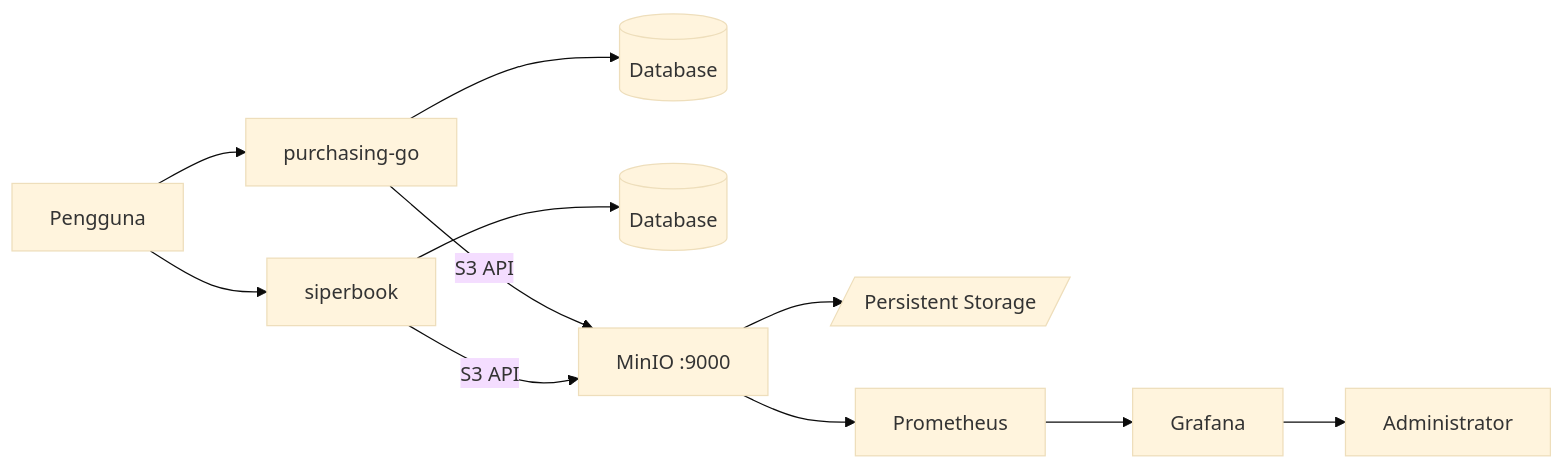
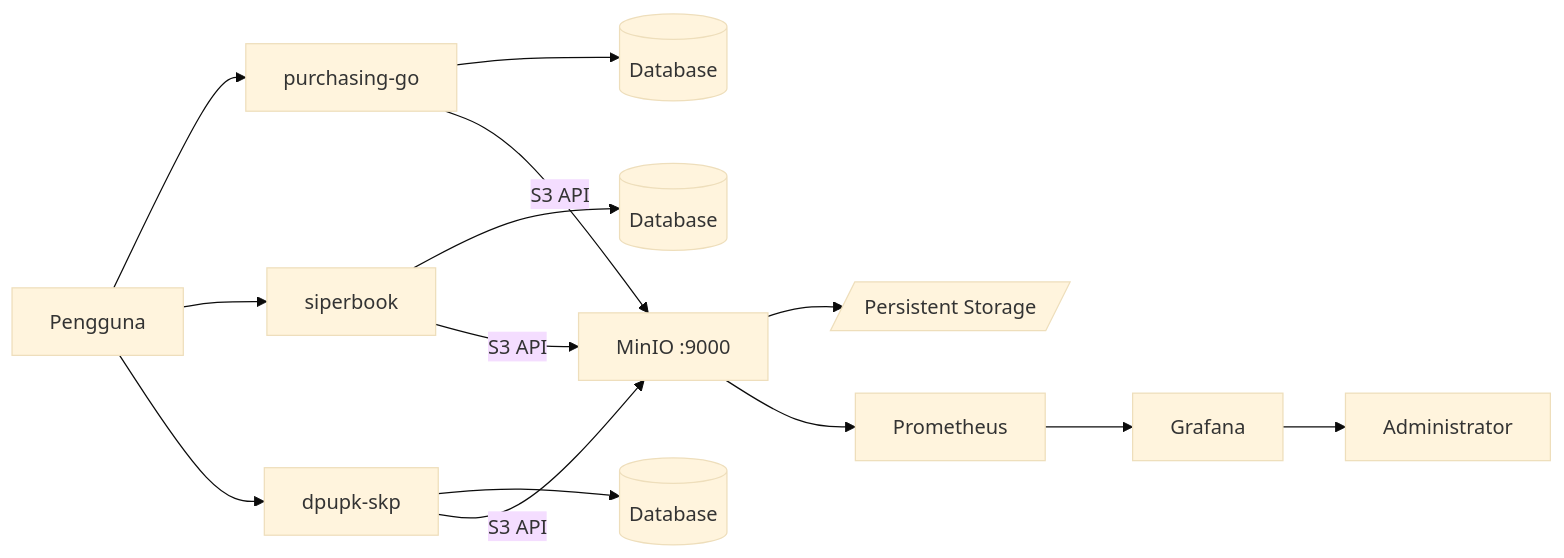
The diagram in docs/ARCHITECTURE.md (Ferxeegs/sharedminio), drawn with Mermaid (base theme) before and after one commit. The commit also changed other lines of this file and 7 other files, not shown here.

First line of the commit message:
Add dpupk-skp support to MinIO configuration and documentation

````diff
--- a/docs/ARCHITECTURE.md
+++ b/docs/ARCHITECTURE.md
@@ -9,13 +9,16 @@
 ```mermaid
 flowchart LR
     U[Pengguna] --> APP1[purchasing-go]
     U --> APP2[siperbook]
+    U --> APP3[dpupk-skp]
     APP1 --> DB1[(Database)]
     APP2 --> DB2[(Database)]
+    APP3 --> DB3[(Database)]
     APP1 -->|S3 API| MI[MinIO :9000]
     APP2 -->|S3 API| MI
+    APP3 -->|S3 API| MI
     MI --> DATA[/Persistent Storage/]
     MI --> PROM[Prometheus]
     PROM --> GRAF[Grafana]
     GRAF --> ADMIN[Administrator]
 ```
````
